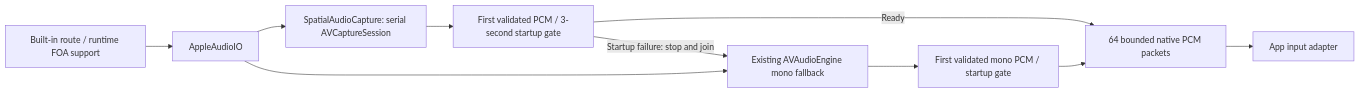
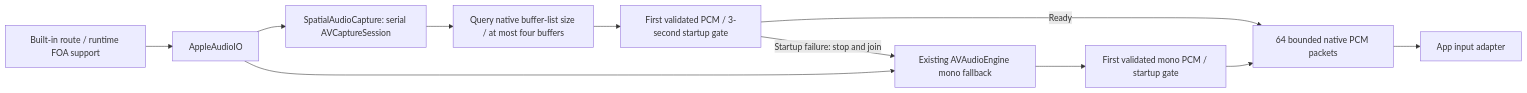
The fourth of 4 diagrams in MobileHarness/PlatformKit/Audio/README.md (devilyouwei/MobileHarness), drawn with Mermaid before and after one commit. The commit also changed other lines of this file and 11 other files, not shown here.

Commit message:
fix: extract spatial PCM using queried native buffer list size

````diff
--- a/MobileHarness/PlatformKit/Audio/README.md
+++ b/MobileHarness/PlatformKit/Audio/README.md
@@ -76,12 +78,13 @@
 ```mermaid
 flowchart LR
     Capability[Built-in route / runtime FOA support] --> Select[AppleAudioIO]
     Select --> FOA[SpatialAudioCapture: serial AVCaptureSession]
-    FOA --> Check[First validated PCM / 3-second startup gate]
+    FOA --> Buffers[Query native buffer-list size / at most four buffers]
+    Buffers --> Check[First validated PCM / 3-second startup gate]
     Check -->|Ready| Frames[64 bounded native PCM packets]
     Check -->|Startup failure: stop and join| Mono[Existing AVAudioEngine mono fallback]
     Select --> Mono
     Mono --> MonoCheck[First validated mono PCM / startup gate]
     MonoCheck --> Frames
     Frames --> App[App input adapter]
 ```
````
